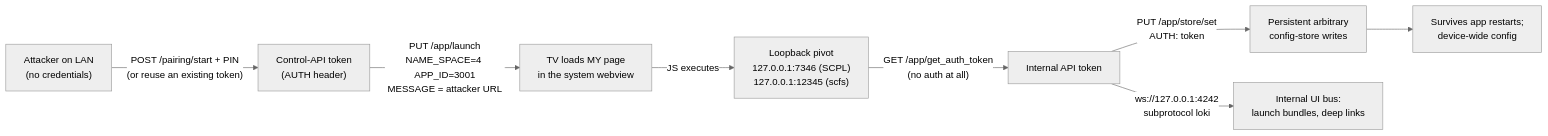
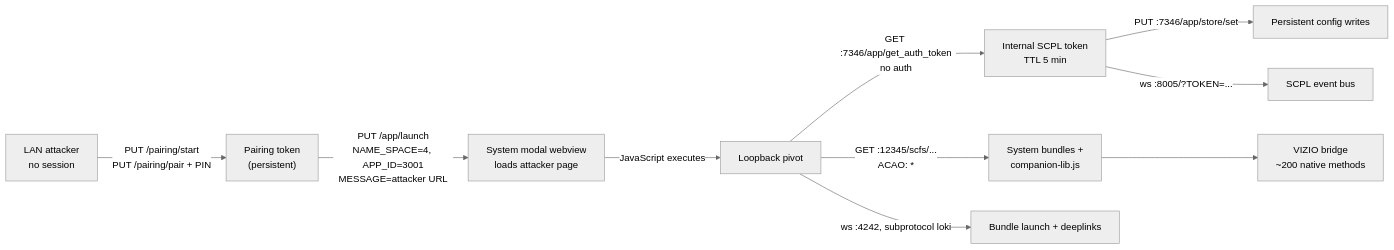
Before and after one commit to vindeckyy/smartcast-backdoor: the diagram in README.md, drawn with Mermaid (neutral theme). The commit also changed other lines of this file, not shown here.

````diff
--- a/README.md
+++ b/README.md
@@ -50,10 +77,12 @@
 ```mermaid
 flowchart LR
-    A["Attacker on LAN<br/>(no credentials)"] -->|"POST /pairing/start + PIN<br/>(or reuse an existing token)"| B["Control-API token<br/>(AUTH header)"]
-    B -->|"PUT /app/launch<br/>NAME_SPACE=4 APP_ID=3001<br/>MESSAGE = attacker URL"| C["TV loads MY page<br/>in the system webview"]
-    C -->|"JS executes"| D["Loopback pivot<br/>127.0.0.1:7346 (SCPL)<br/>127.0.0.1:12345 (scfs)"]
-    D -->|"GET /app/get_auth_token<br/>(no auth at all)"| E["Internal API token"]
-    E -->|"PUT /app/store/set<br/>AUTH: token"| F["Persistent arbitrary<br/>config-store writes"]
-    E -->|"ws://127.0.0.1:4242<br/>subprotocol loki"| G["Internal UI bus:<br/>launch bundles, deep links"]
-    F --> H["Survives app restarts;<br/>device-wide config"]
+    A["LAN attacker<br/>no session"] -->|"PUT /pairing/start<br/>PUT /pairing/pair + PIN"| B["Pairing token<br/>(persistent)"]
+    B -->|"PUT /app/launch<br/>NAME_SPACE=4, APP_ID=3001<br/>MESSAGE=attacker URL"| C["System modal webview<br/>loads attacker page"]
+    C -->|"JavaScript executes"| D["Loopback pivot"]
+    D -->|"GET :7346/app/get_auth_token<br/>no auth"| E["Internal SCPL token<br/>TTL 5 min"]
+    D -->|"GET :12345/scfs/...<br/>ACAO: *"| F["System bundles +<br/>companion-lib.js"]
+    E -->|"PUT :7346/app/store/set"| G["Persistent config writes"]
+    E -->|"ws :8005/?TOKEN=..."| H["SCPL event bus"]
+    D -->|"ws :4242, subprotocol loki"| I["Bundle launch + deeplinks"]
+    F --> J["VIZIO bridge<br/>~200 native methods"]
 ```
````
